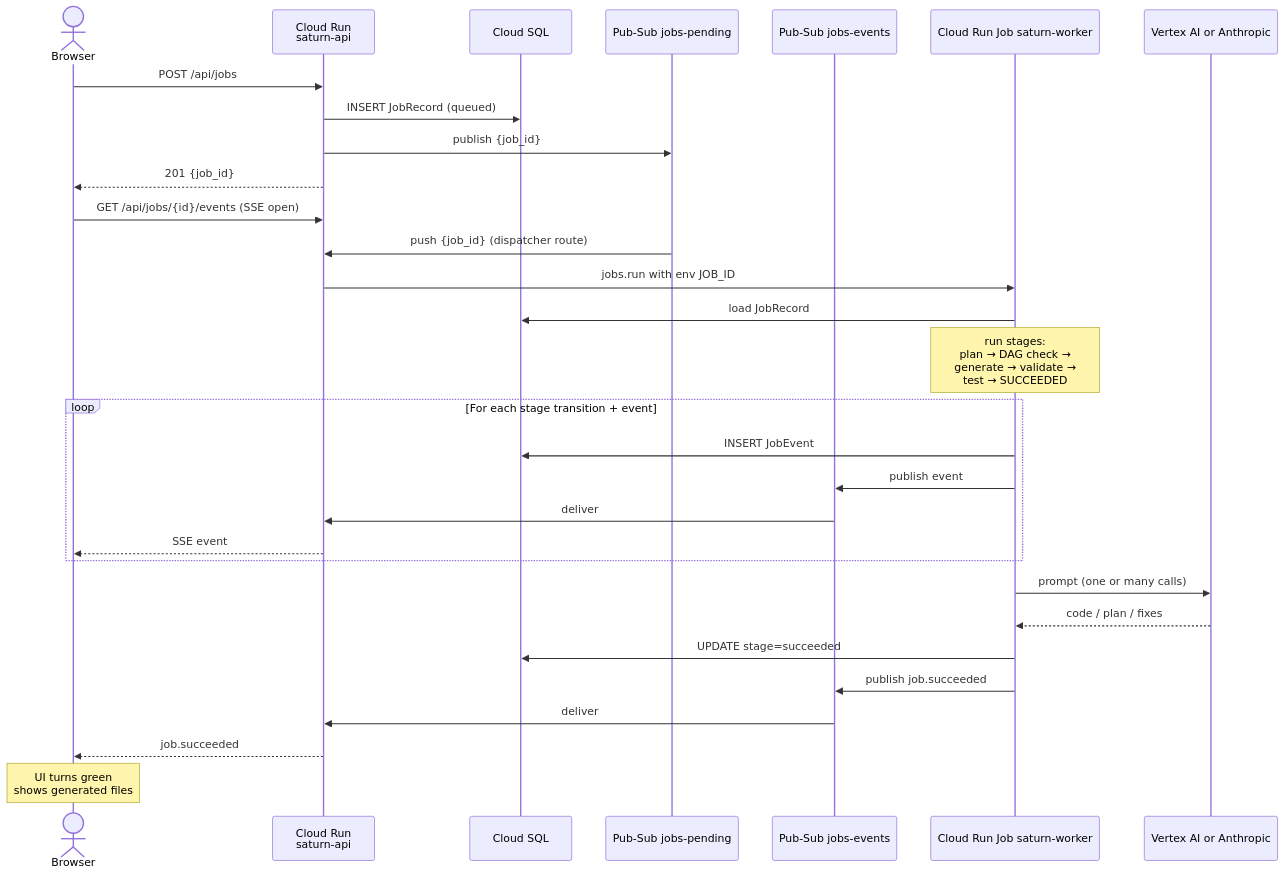
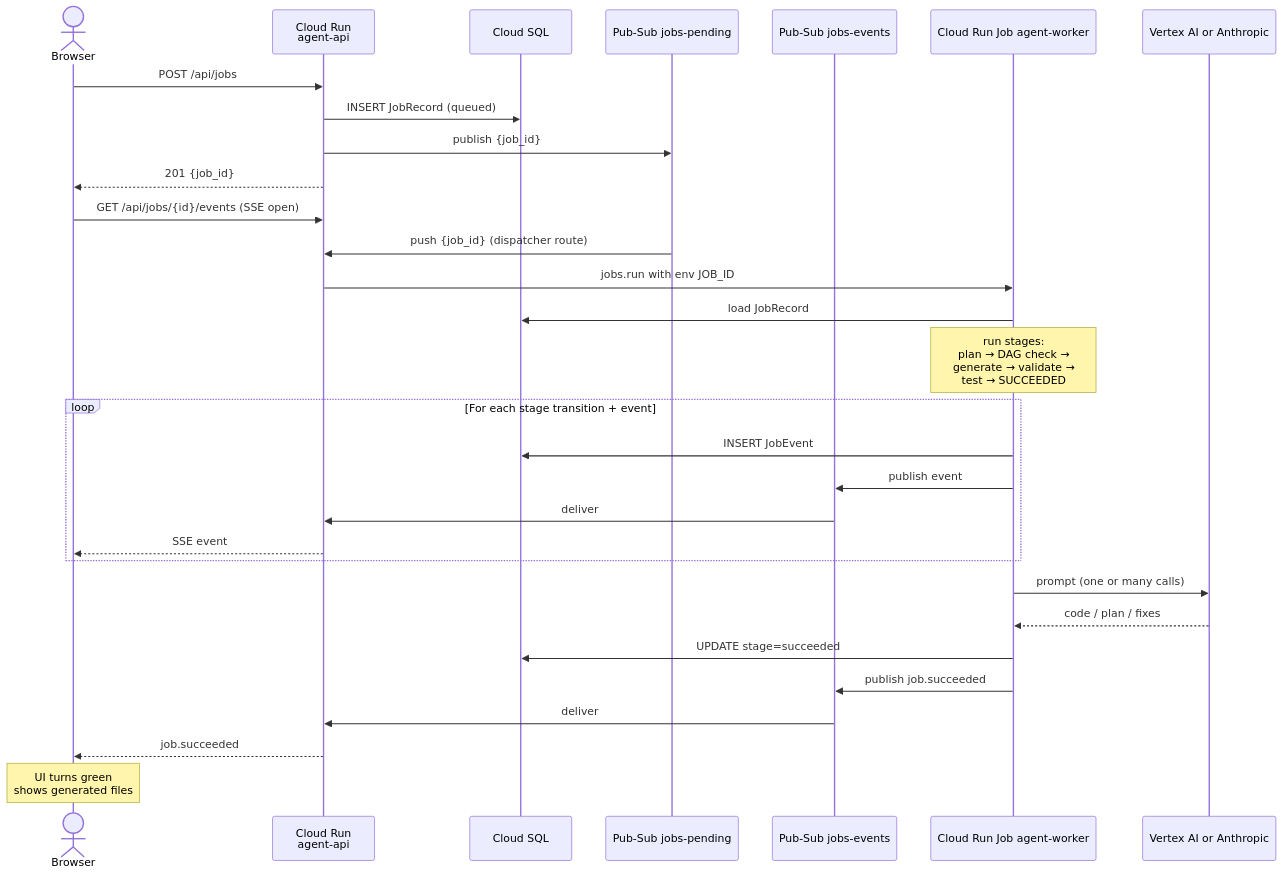
The second of 4 diagrams in ARCHITECTURE.md (SidraShaikh1211/llm-pipeline-generator), drawn with Mermaid before and after one commit. The commit also changed other lines of this file and 266 other files, not shown here.

````diff
--- a/ARCHITECTURE.md
+++ b/ARCHITECTURE.md
@@ -105,37 +105,37 @@
 ```mermaid
 sequenceDiagram
     actor User as Browser
-    participant API as Cloud Run<br/>saturn-api
+    participant API as Cloud Run<br/>agent-api
     participant SQL as Cloud SQL
     participant PS_P as Pub-Sub jobs-pending
     participant PS_E as Pub-Sub jobs-events
-    participant Worker as Cloud Run Job saturn-worker
+    participant Worker as Cloud Run Job agent-worker
     participant LLM as Vertex AI or Anthropic
 
     User->>API: POST /api/jobs
     API->>SQL: INSERT JobRecord (queued)
     API->>PS_P: publish {job_id}
     API-->>User: 201 {job_id}
 
     User->>API: GET /api/jobs/{id}/events (SSE open)
 
     PS_P->>API: push {job_id} (dispatcher route)
     API->>Worker: jobs.run with env JOB_ID
     Worker->>SQL: load JobRecord
     Note over Worker: run stages:<br/>plan → DAG check →<br/>generate → validate →<br/>test → SUCCEEDED
 
     loop For each stage transition + event
         Worker->>SQL: INSERT JobEvent
         Worker->>PS_E: publish event
         PS_E->>API: deliver
         API-->>User: SSE event
     end
 
     Worker->>LLM: prompt (one or many calls)
     LLM-->>Worker: code / plan / fixes
     Worker->>SQL: UPDATE stage=succeeded
     Worker->>PS_E: publish job.succeeded
     PS_E->>API: deliver
     API-->>User: job.succeeded
     Note over User: UI turns green<br/>shows generated files
 ```
````
